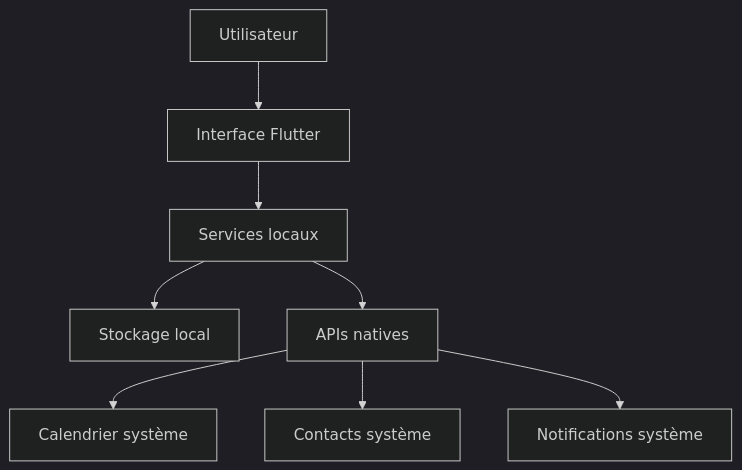
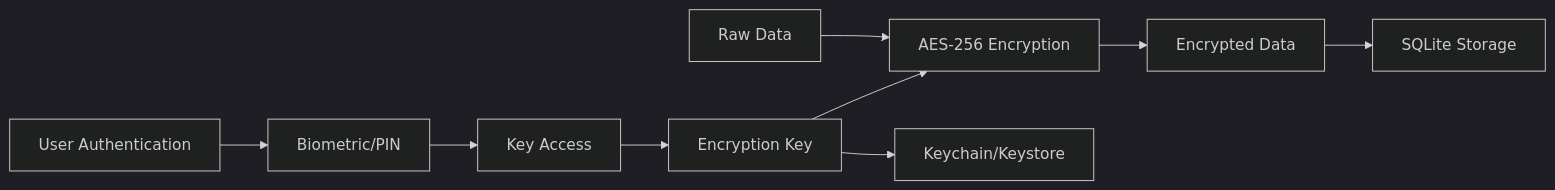
Before and after one commit to arkalia-luna-system/arkalia-cia: the fourth of 8 diagrams in docs/ARCHITECTURE.md, drawn with Mermaid (dark theme). The commit also changed other lines of this file and 12 other files, not shown here.

````diff
--- a/docs/ARCHITECTURE.md
+++ b/docs/ARCHITECTURE.md
@@ -59,10 +218,13 @@
 ```mermaid
-graph TD
-    A[Utilisateur] --> B[Interface Flutter]
-    B --> C[Services locaux]
-    C --> D[Stockage local]
-    C --> E[APIs natives]
-    E --> F[Calendrier système]
-    E --> G[Contacts système]
-    E --> H[Notifications système]
+graph LR
+    A[Raw Data] --> B[AES-256 Encryption]
+    B --> C[Encrypted Data]
+    C --> D[SQLite Storage]
+
+    E[Encryption Key] --> F[Keychain/Keystore]
+    E --> B
+
+    G[User Authentication] --> H[Biometric/PIN]
+    H --> I[Key Access]
+    I --> E
 ```
````
